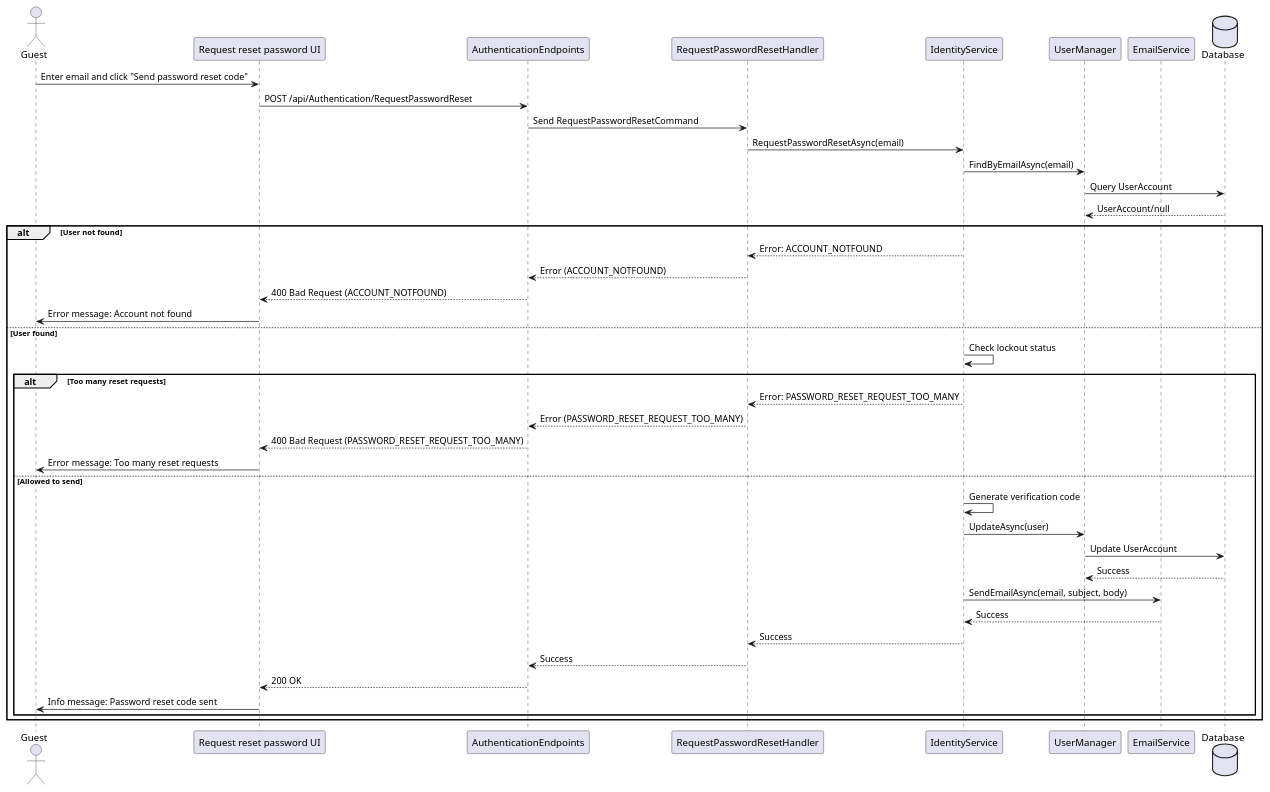
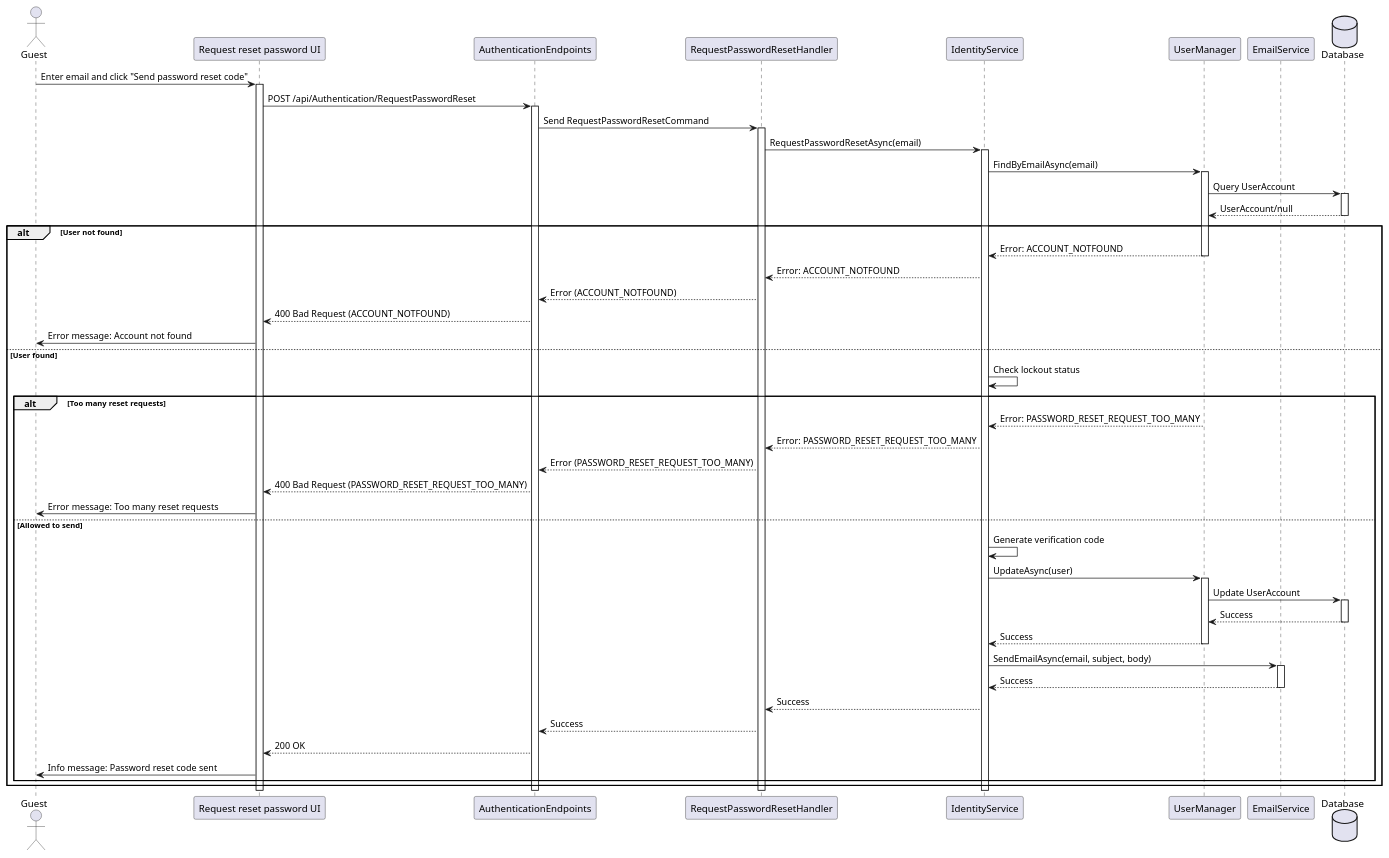
One commit to thanhkhac/SEP_Diagram changed the diagram in authentication/sequence/08_RequestResetPassword.puml. Above: the diagram before and after it, drawn with PlantUML. The commit also changed 4 other files, not shown here.

Commit message:
Add activation and deactivation steps to sequence diagrams

```diff
--- a/authentication/sequence/08_RequestResetPassword.puml
+++ b/authentication/sequence/08_RequestResetPassword.puml
@@ -1,44 +1,65 @@
 @startuml
 actor Guest as User
 participant "Request reset password UI" as UI
 participant AuthenticationEndpoints
 participant RequestPasswordResetHandler
 participant IdentityService
 participant UserManager
 participant EmailService
 Database Database
 
 User -> UI : Enter email and click "Send password reset code"
+activate UI
 UI -> AuthenticationEndpoints : POST /api/Authentication/RequestPasswordReset
+activate AuthenticationEndpoints
 AuthenticationEndpoints -> RequestPasswordResetHandler : Send RequestPasswordResetCommand
+activate RequestPasswordResetHandler
 RequestPasswordResetHandler -> IdentityService : RequestPasswordResetAsync(email)
+activate IdentityService
 IdentityService -> UserManager : FindByEmailAsync(email)
+activate UserManager
 UserManager -> Database : Query UserAccount
+activate Database
 Database --> UserManager : UserAccount/null
-
+deactivate Database
 alt User not found
+    UserManager --> IdentityService : Error: ACCOUNT_NOTFOUND
+    deactivate UserManager
     IdentityService --> RequestPasswordResetHandler : Error: ACCOUNT_NOTFOUND
     RequestPasswordResetHandler --> AuthenticationEndpoints : Error (ACCOUNT_NOTFOUND)
     AuthenticationEndpoints --> UI : 400 Bad Request (ACCOUNT_NOTFOUND)
     UI -> User : Error message: Account not found
 else User found
     IdentityService -> IdentityService : Check lockout status
     alt Too many reset requests
+        UserManager --> IdentityService : Error: PASSWORD_RESET_REQUEST_TOO_MANY
+        deactivate UserManager
         IdentityService --> RequestPasswordResetHandler : Error: PASSWORD_RESET_REQUEST_TOO_MANY
         RequestPasswordResetHandler --> AuthenticationEndpoints : Error (PASSWORD_RESET_REQUEST_TOO_MANY)
         AuthenticationEndpoints --> UI : 400 Bad Request (PASSWORD_RESET_REQUEST_TOO_MANY)
         UI -> User : Error message: Too many reset requests
     else Allowed to send
         IdentityService -> IdentityService : Generate verification code
         IdentityService -> UserManager : UpdateAsync(user)
+        activate UserManager
         UserManager -> Database : Update UserAccount
+        activate Database
         Database --> UserManager : Success
+        deactivate Database
+        UserManager --> IdentityService : Success
+        deactivate UserManager
         IdentityService -> EmailService : SendEmailAsync(email, subject, body)
+        activate EmailService
         EmailService --> IdentityService : Success
+        deactivate EmailService
         IdentityService --> RequestPasswordResetHandler : Success
         RequestPasswordResetHandler --> AuthenticationEndpoints : Success
         AuthenticationEndpoints --> UI : 200 OK
         UI -> User : Info message: Password reset code sent
     end
 end
+deactivate IdentityService
+deactivate RequestPasswordResetHandler
+deactivate AuthenticationEndpoints
+deactivate UI
 @enduml
```
